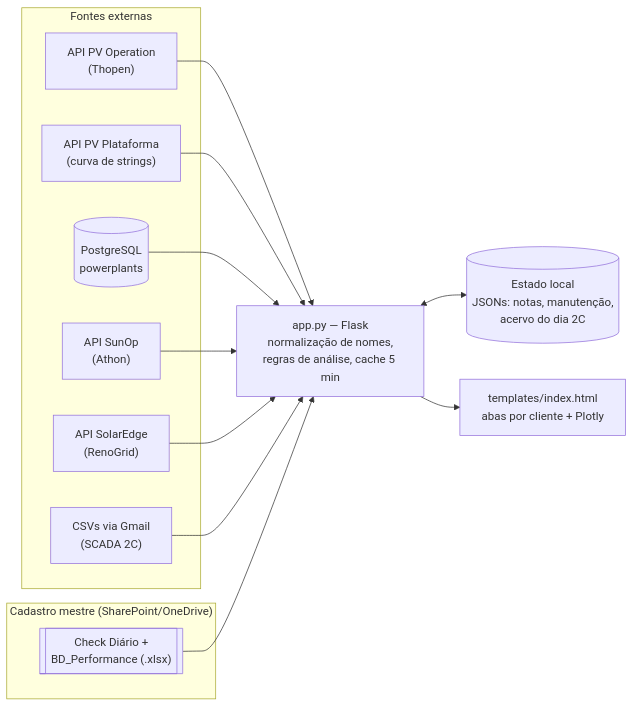
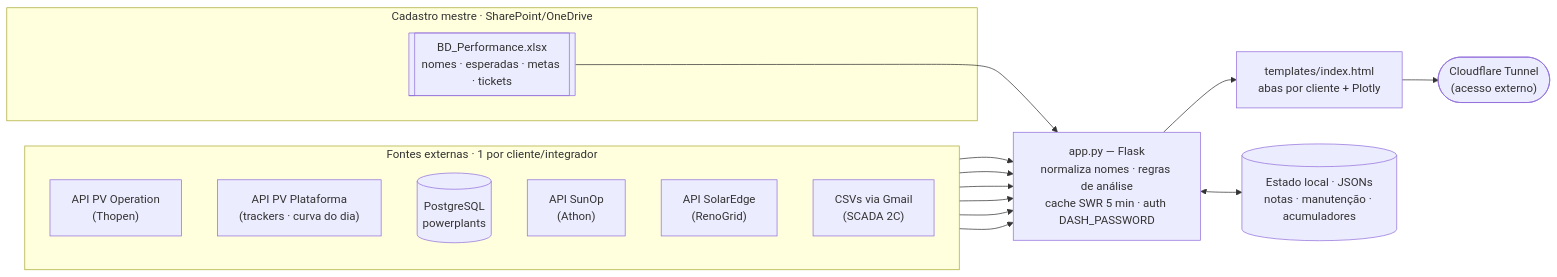
One commit to Levi-6242/PerformancePainel changed the diagram in README.md. Above: the diagram before and after it, drawn with Mermaid. The commit also changed other lines of this file, not shown here.

Commit message:
Atualiza diagrama de arquitetura do README
Reflete a arquitetura atual:
- PV Plataforma agora serve trackers (curva do dia), nao mais a curva de
  strings (que migrou para a API PV Operation via day_inverter/Ipv).
- Cache descrito como SWR (stale-while-revalidate), nao "cache 5 min".
- Cadastro mestre identificado como BD_Performance.xlsx (aba Equipamentos:
  nomes/esperadas/metas/tickets); "Check Diario" foi descontinuado.
- Adiciona a camada de acesso/publicacao (auth DASH_PASSWORD + Cloudflare Tunnel).
- Tabela de fontes e bullet do backend ajustados para ficarem consistentes.

````diff
--- a/README.md
+++ b/README.md
@@ -41,29 +41,32 @@
 ```mermaid
 flowchart LR
-    subgraph fontes["Fontes externas"]
+    subgraph fontes["Fontes externas · 1 por cliente/integrador"]
+        direction TB
         PV["API PV Operation<br/>(Thopen)"]
-        PLAT["API PV Plataforma<br/>(curva de strings)"]
+        PLAT["API PV Plataforma<br/>(trackers · curva do dia)"]
         PG[("PostgreSQL<br/>powerplants")]
         SUNOP["API SunOp<br/>(Athon)"]
         SE["API SolarEdge<br/>(RenoGrid)"]
         MAIL["CSVs via Gmail<br/>(SCADA 2C)"]
     end
 
-    subgraph cadastro["Cadastro mestre (SharePoint/OneDrive)"]
-        XLSX[["Check Diário +<br/>BD_Performance (.xlsx)"]]
+    subgraph cadastro["Cadastro mestre · SharePoint/OneDrive"]
+        XLSX[["BD_Performance.xlsx<br/>nomes · esperadas · metas · tickets"]]
     end
 
-    APP["app.py — Flask<br/>normalização de nomes,<br/>regras de análise, cache 5 min"]
+    APP["app.py — Flask<br/>normaliza nomes · regras de análise<br/>cache SWR 5 min · auth DASH_PASSWORD"]
     UI["templates/index.html<br/>abas por cliente + Plotly"]
-    STATE[("Estado local<br/>JSONs: notas, manutenção,<br/>acervo do dia 2C")]
+    STATE[("Estado local · JSONs<br/>notas · manutenção · acumuladores")]
+    PUB(["Cloudflare Tunnel<br/>(acesso externo)"])
 
     PV --> APP
     PLAT --> APP
     PG --> APP
     SUNOP --> APP
     SE --> APP
     MAIL --> APP
     XLSX --> APP
     APP <--> STATE
     APP --> UI
+    UI --> PUB
 ```
````
